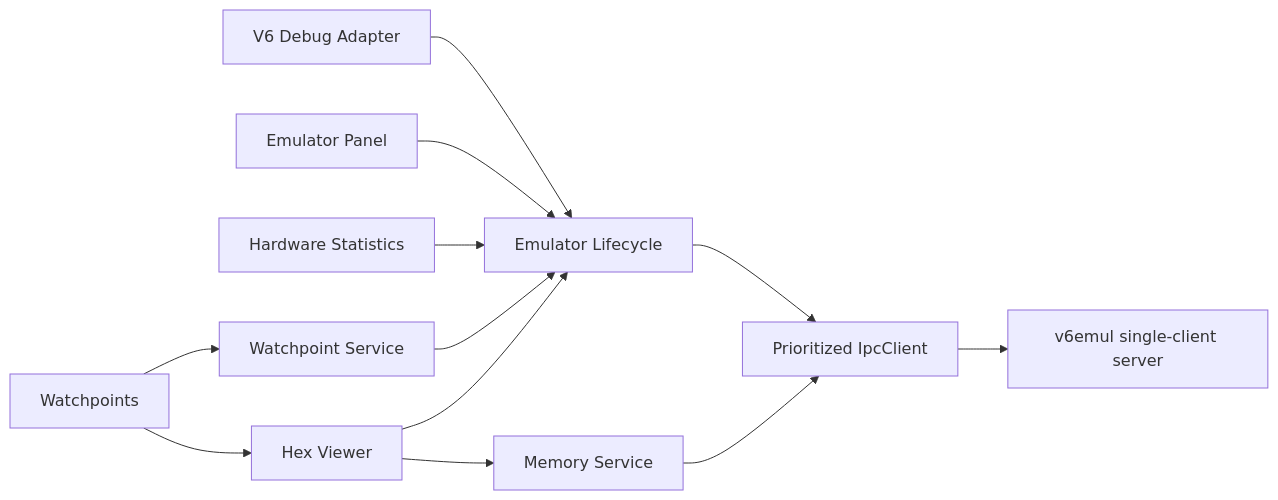
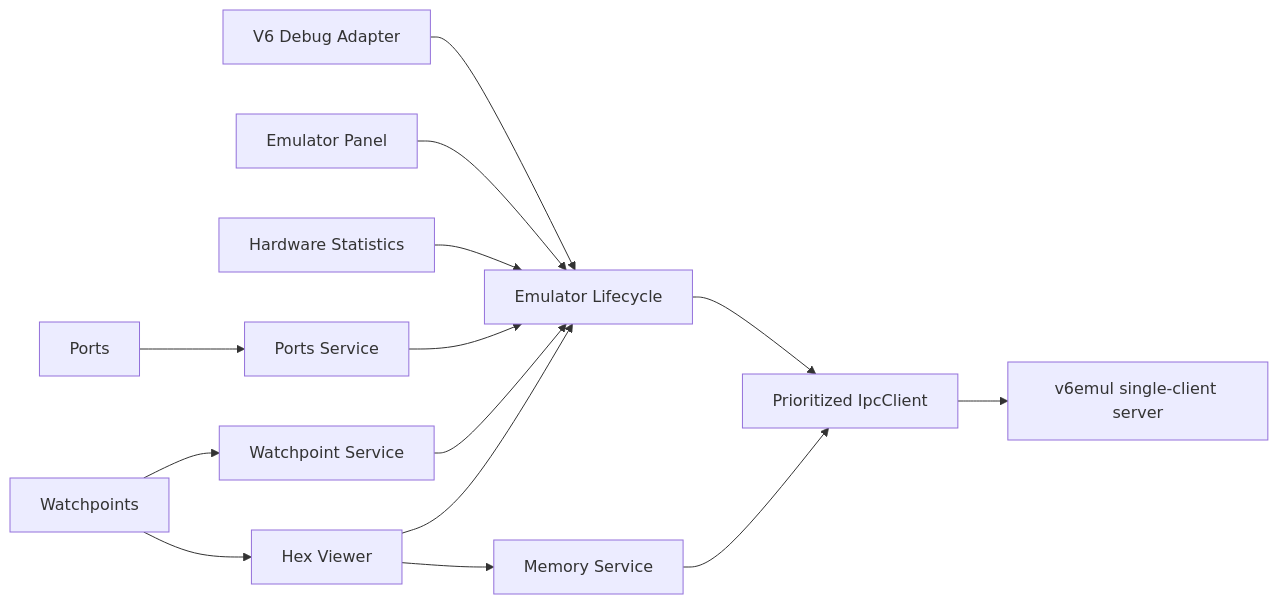
Before and after one commit to parallelno/v6vscode: the diagram in docs/architecture.md, drawn with Mermaid. The commit also changed other lines of this file and 27 other files, not shown here.

````diff
--- a/docs/architecture.md
+++ b/docs/architecture.md
@@ -29,14 +29,16 @@
 ```mermaid
 flowchart LR
 	DAP[V6 Debug Adapter] --> Lifecycle[Emulator Lifecycle]
 	Panel[Emulator Panel] --> Lifecycle
 	Stats[Hardware Statistics] --> Lifecycle
+	Ports[Ports] --> PortsService[Ports Service]
+	PortsService --> Lifecycle
 	Hex[Hex Viewer] --> Lifecycle
 	Watch[Watchpoints] --> WatchService[Watchpoint Service]
 	WatchService --> Lifecycle
 	Watch --> Hex
 	Hex --> Memory[Memory Service]
 	Memory --> Client
 	Lifecycle --> Client[Prioritized IpcClient]
 	Client --> Emulator[v6emul single-client server]
 ```
````
